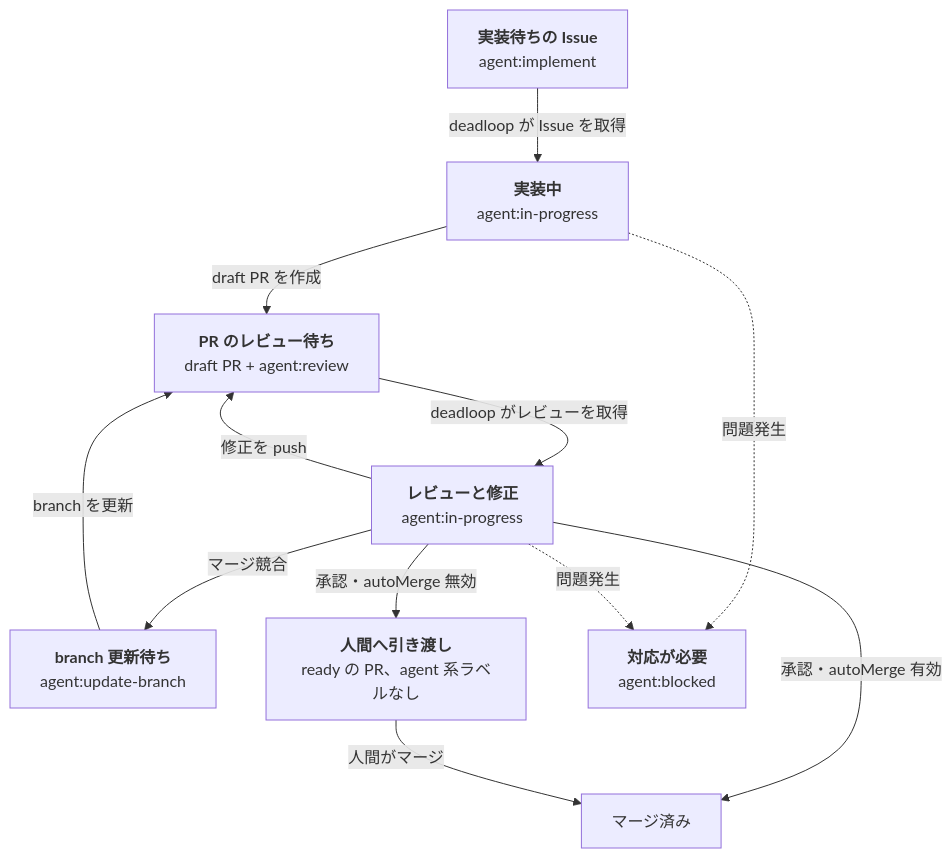
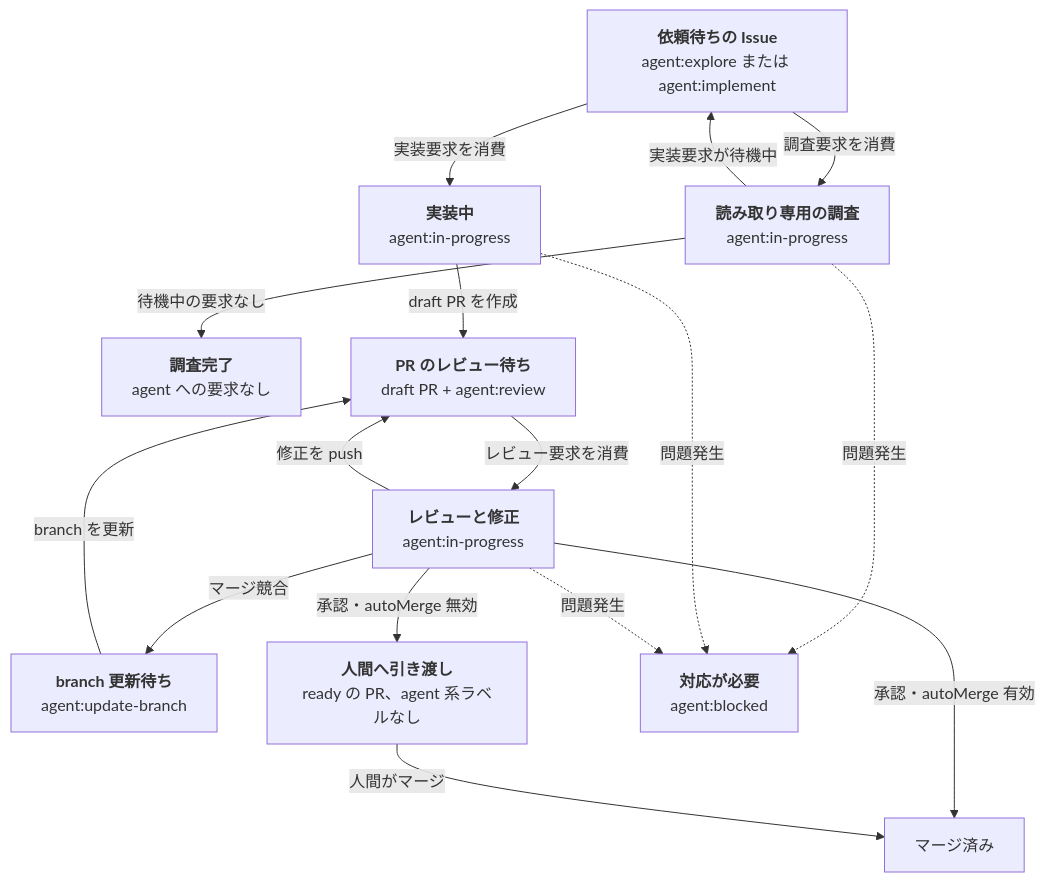
Before and after one commit to yasuhito/deadloop: the diagram in README.ja.md, drawn with Mermaid. The commit also changed other lines of this file and 28 other files, not shown here.

First line of the commit message:
Process Issue explore and implement requests with Sandcastle claims (#331)

````diff
--- a/README.ja.md
+++ b/README.ja.md
@@ -55,30 +55,38 @@
 ```mermaid
 flowchart TD
-    I["`**実装待ちの Issue**
-    agent:implement`"]
+    I["`**依頼待ちの Issue**
+    agent:explore または agent:implement`"]
+    E["`**読み取り専用の調査**
+    agent:in-progress`"]
+    X["`**調査完了**
+    agent への要求なし`"]
     W["`**実装中**
     agent:in-progress`"]
     R["`**PR のレビュー待ち**
     draft PR + agent:review`"]
     V["`**レビューと修正**
     agent:in-progress`"]
     U["`**branch 更新待ち**
     agent:update-branch`"]
     H["`**人間へ引き渡し**
     ready の PR、agent 系ラベルなし`"]
     M["マージ済み"]
     B["`**対応が必要**
     agent:blocked`"]
 
-    I -->|deadloop が Issue を取得| W
+    I -->|調査要求を消費| E
+    E -->|実装要求が待機中| I
+    E -->|待機中の要求なし| X
+    E -. 問題発生 .-> B
+    I -->|実装要求を消費| W
     W -->|draft PR を作成| R
-    R -->|deadloop がレビューを取得| V
+    R -->|レビュー要求を消費| V
     V -->|修正を push| R
     V -->|マージ競合| U
     U -->|branch を更新| R
     V -->|承認・autoMerge 無効| H
     V -->|承認・autoMerge 有効| M
     H -->|人間がマージ| M
     W -. 問題発生 .-> B
     V -. 問題発生 .-> B
 ```
````
